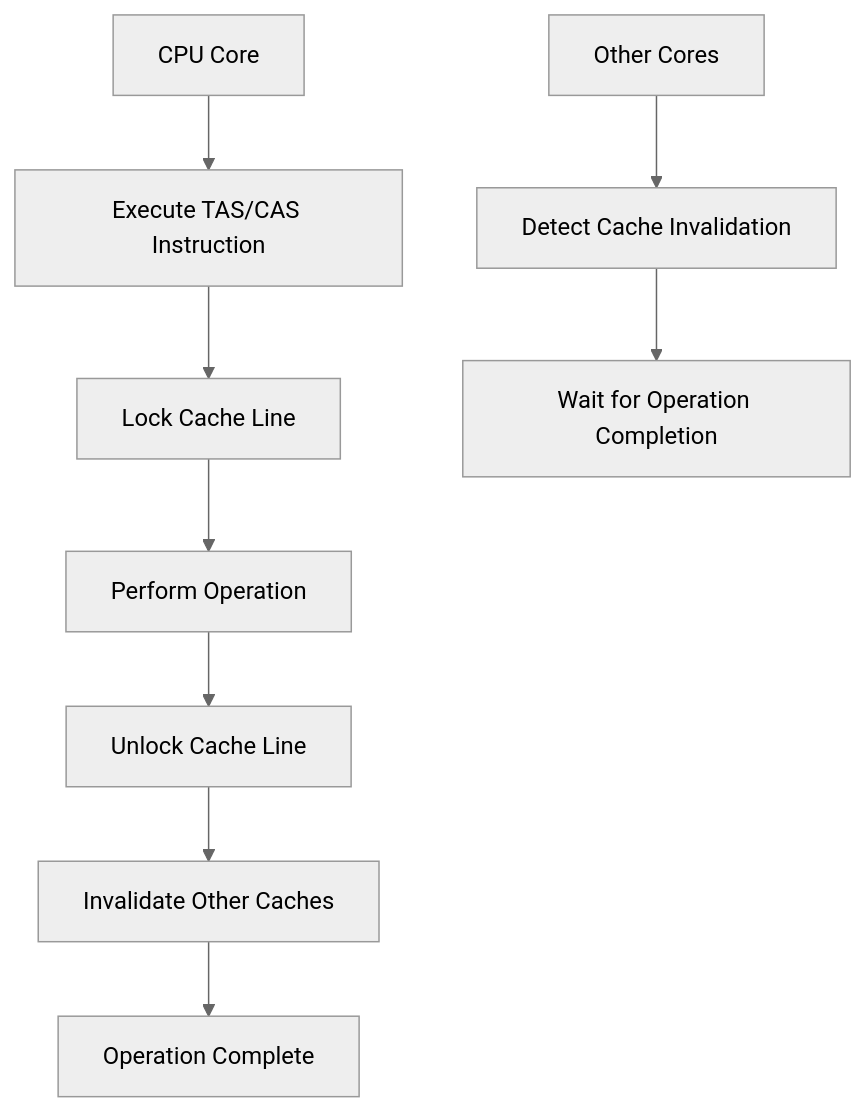
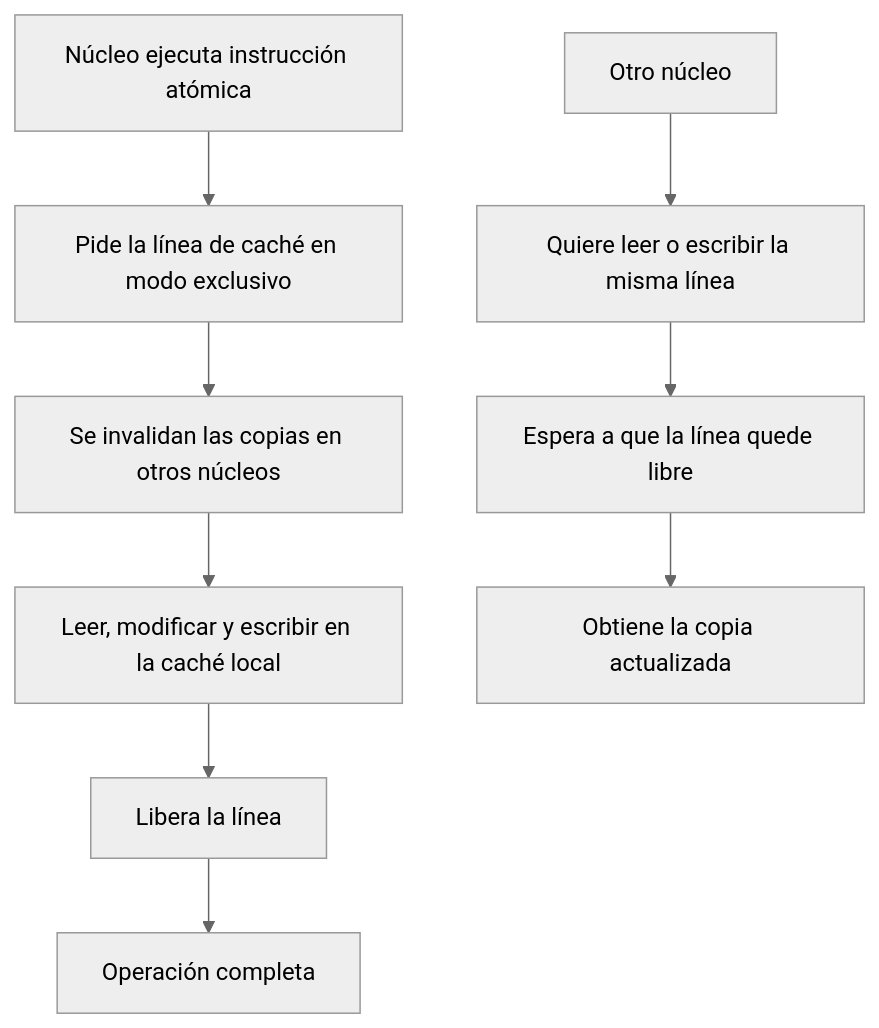
One commit to djaimej/computer-science-template changed the first of 2 diagrams in public/documents/semester-3/3/3354.md. Above: the diagram before and after it, drawn with Mermaid (neutral theme). The commit also changed other lines of this file and 33 other files, not shown here.

````diff
--- a/public/documents/semester-3/3/3354.md
+++ b/public/documents/semester-3/3/3354.md
@@ -131,12 +218,12 @@
 ```mermaid
 graph TD
-    A[CPU Core] --> B[Execute TAS/CAS Instruction]
-    B --> C[Lock Cache Line]
-    C --> D[Perform Operation]
-    D --> E[Unlock Cache Line]
-    E --> F[Invalidate Other Caches]
-    F --> G[Operation Complete]
+    A[Núcleo ejecuta instrucción atómica] --> B[Pide la línea de caché en modo exclusivo]
+    B --> C[Se invalidan las copias en otros núcleos]
+    C --> D[Leer, modificar y escribir en la caché local]
+    D --> E[Libera la línea]
+    E --> F[Operación completa]
 
-    H[Other Cores] --> I[Detect Cache Invalidation]
-    I --> J[Wait for Operation Completion]
+    H[Otro núcleo] --> I[Quiere leer o escribir la misma línea]
+    I --> J[Espera a que la línea quede libre]
+    J --> K[Obtiene la copia actualizada]
 ```
````
